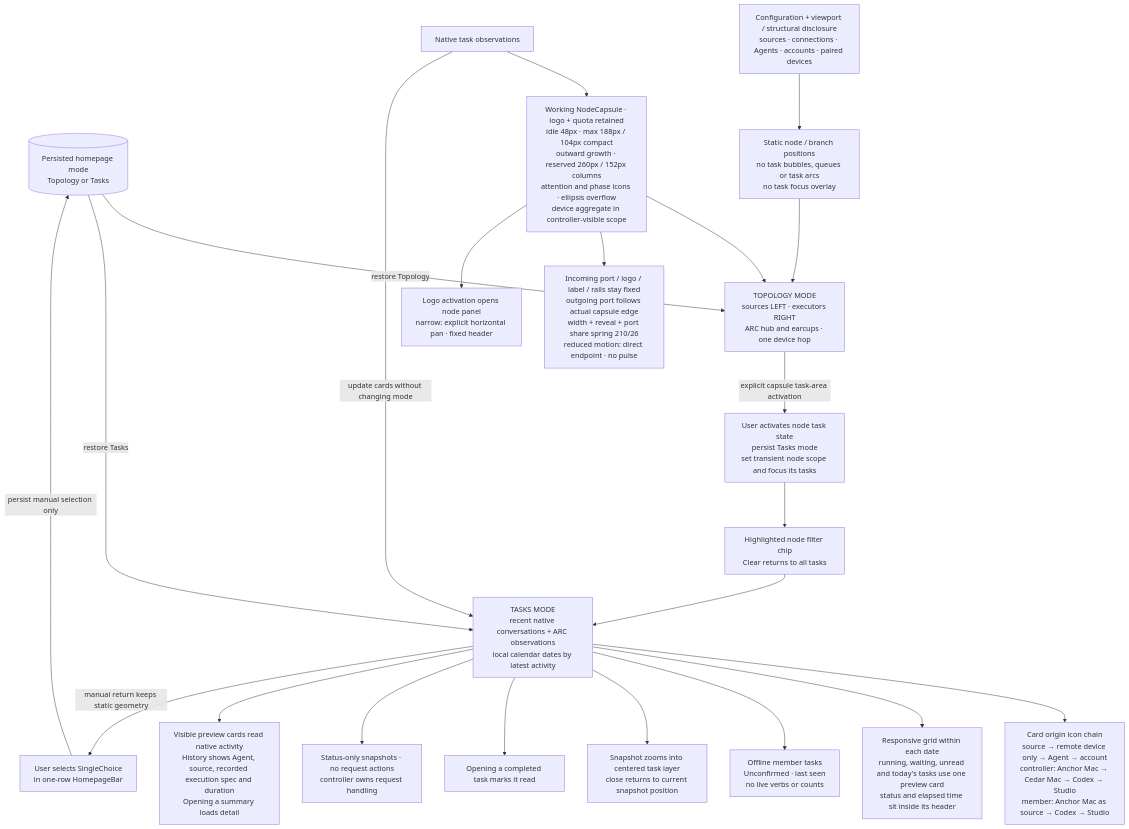
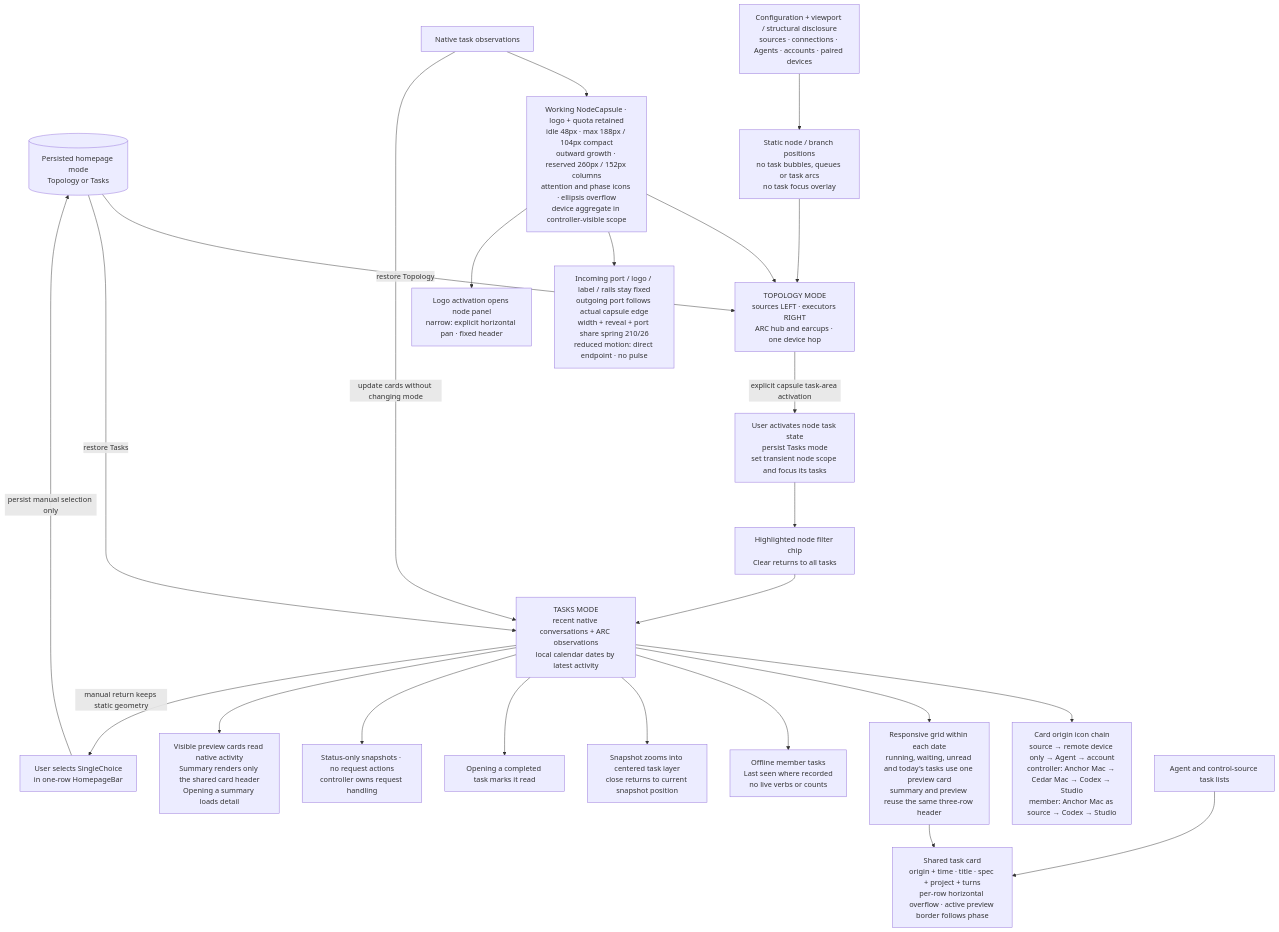
Before and after one commit to whzxc/agent-remote-control: the diagram in arch/mechanisms/homepage-modes.mmd, drawn with Mermaid. The commit also changed 65 other files, not shown here.

Commit message:
refactor(ui): share task cards across surfaces

```diff
--- a/arch/mechanisms/homepage-modes.mmd
+++ b/arch/mechanisms/homepage-modes.mmd
@@ -1,39 +1,43 @@
 %% Homepage modes (layer 2): static topology and task presentation are independent projections.
 %% Index and code mapping: docs/dev/arch-assets.md
 flowchart TB
   preference[("Persisted homepage mode<br/>Topology or Tasks")]
   switch["User selects SingleChoice<br/>in one-row HomepageBar"]
   topology["TOPOLOGY MODE<br/>sources LEFT · executors RIGHT<br/>ARC hub and earcups · one device hop"]
   config["Configuration + viewport / structural disclosure<br/>sources · connections · Agents · accounts · paired devices"]
   positions["Static node / branch positions<br/>no task bubbles, queues or task arcs<br/>no task focus overlay"]
   observations["Native task observations"]
   badges["Working NodeCapsule · logo + quota retained<br/>idle 48px · max 188px / 104px compact<br/>outward growth · reserved 260px / 152px columns<br/>attention and phase icons · ellipsis overflow<br/>device aggregate in controller-visible scope"]
   ports["Incoming port / logo / label / rails stay fixed<br/>outgoing port follows actual capsule edge<br/>width + reveal + port share spring 210/26<br/>reduced motion: direct endpoint · no pulse"]
   panel["Logo activation opens node panel<br/>narrow: explicit horizontal pan · fixed header"]
   jump["User activates node task state<br/>persist Tasks mode<br/>set transient node scope and focus its tasks"]
   tasks["TASKS MODE<br/>recent native conversations + ARC observations<br/>local calendar dates by latest activity"]
-  layout["Responsive grid within each date<br/>running, waiting, unread and today's tasks use one preview card<br/>status and elapsed time sit inside its header"]
+  layout["Responsive grid within each date<br/>running, waiting, unread and today's tasks use one preview card<br/>summary and preview reuse the same three-row header"]
   chain["Card origin icon chain<br/>source → remote device only → Agent → account<br/>controller: Anchor Mac → Cedar Mac → Codex → Studio<br/>member: Anchor Mac as source → Codex → Studio"]
-  offline["Offline member tasks<br/>Unconfirmed · last seen<br/>no live verbs or counts"]
+  offline["Offline member tasks<br/>Last seen where recorded<br/>no live verbs or counts"]
   filter["Highlighted node filter chip<br/>Clear returns to all tasks"]
   details["Snapshot zooms into centered task layer<br/>close returns to current snapshot position"]
   read["Opening a completed task marks it read"]
   order["Status-only snapshots · no request actions<br/>controller owns request handling"]
-  overflow["Visible preview cards read native activity<br/>History shows Agent, source, recorded execution spec and duration<br/>Opening a summary loads detail"]
+  overflow["Visible preview cards read native activity<br/>Summary renders only the shared card header<br/>Opening a summary loads detail"]
   switch -->|"persist manual selection only"| preference
   preference -->|"restore Topology"| topology
   preference -->|"restore Tasks"| tasks
   config --> positions --> topology
   observations --> badges --> topology
   badges --> ports
   badges --> panel
   observations -->|"update cards without changing mode"| tasks
   topology -->|"explicit capsule task-area activation"| jump --> filter --> tasks
+  panelLists["Agent and control-source task lists"]
+  shared["Shared task card<br/>origin + time · title · spec + project + turns<br/>per-row horizontal overflow · active preview border follows phase"]
+  panelLists --> shared
+  layout --> shared
   tasks --> chain
   tasks --> layout
   tasks --> offline
   tasks --> details
   tasks --> read
   tasks --> order
   tasks --> overflow
   tasks -->|"manual return keeps static geometry"| switch
```
